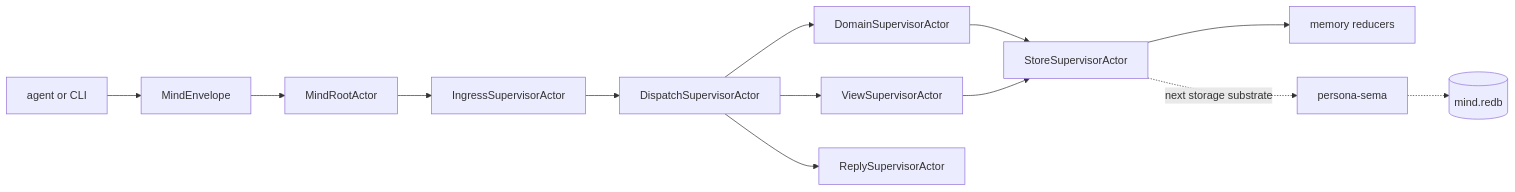
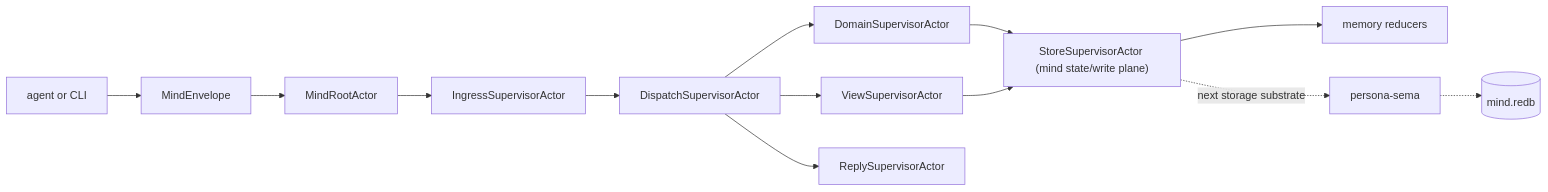
The first of 3 diagrams in ARCHITECTURE.md (LiGoldragon/persona-orchestrate), drawn with Mermaid before and after one commit. The commit also changed other lines of this file, not shown here.

Commit message:
docs: clarify mind state actor wording

````diff
--- a/ARCHITECTURE.md
+++ b/ARCHITECTURE.md
@@ -27,15 +29,15 @@
 ```mermaid
 flowchart LR
     caller["agent or CLI"] --> envelope["MindEnvelope"]
     envelope --> root["MindRootActor"]
     root --> ingress["IngressSupervisorActor"]
     ingress --> dispatch["DispatchSupervisorActor"]
     dispatch --> domain["DomainSupervisorActor"]
     dispatch --> views["ViewSupervisorActor"]
-    domain --> store["StoreSupervisorActor"]
+    domain --> store["StoreSupervisorActor (mind state/write plane)"]
     views --> store
     store --> reducer["memory reducers"]
     store -. "next storage substrate" .-> sema["persona-sema"]
     sema -.-> db[("mind.redb")]
     dispatch --> reply["ReplySupervisorActor"]
 ```
````
